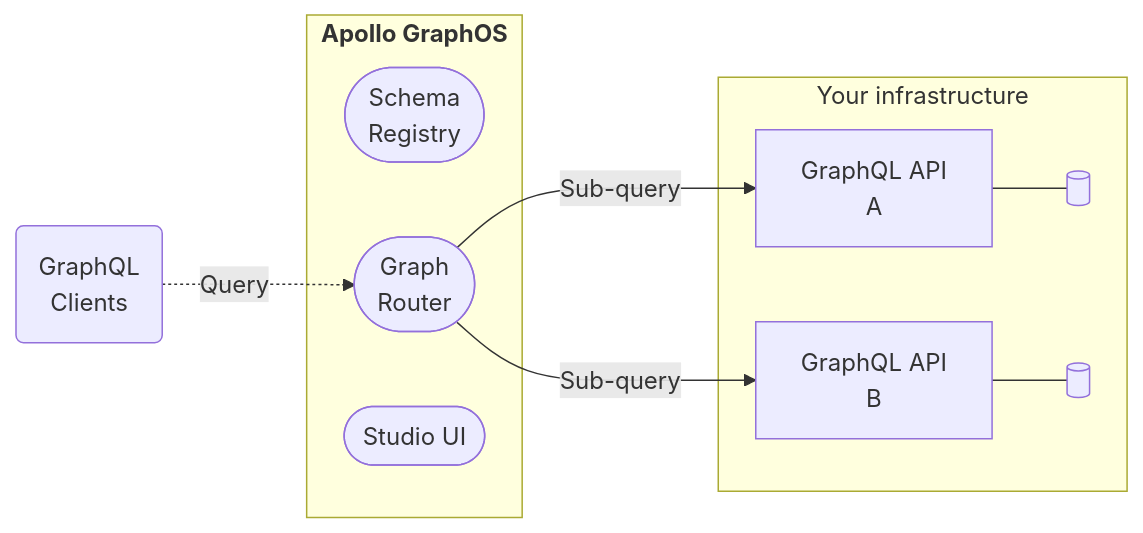
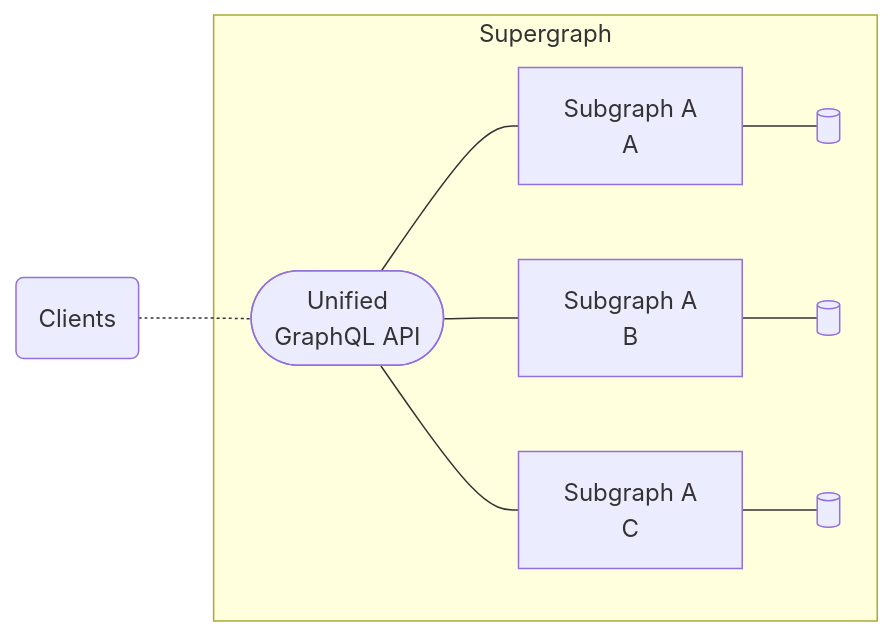
The first of 4 diagrams in src/content/graphos/basics/index.mdx (apollographql/docs), drawn with Mermaid before and after one commit. The commit also changed other lines of this file, not shown here.

````diff
--- a/src/content/graphos/basics/index.mdx
+++ b/src/content/graphos/basics/index.mdx
@@ -8,20 +9,19 @@
 ```mermaid
-flowchart LR;
-  clients("GraphQL<br/>Clients");
-  subgraph "<b>Apollo GraphOS</b>";
-  registry(["Schema<br/>Registry"]);
-  router(["Graph<br/>Router"]);
-  studio(["Studio UI"]);
-  end;
-  subgraph "Your infrastructure";
-  products["GraphQL API<br/>A"];
-  reviews["GraphQL API<br/>B"];
-  router -->|Sub-query| products & reviews
-  dbA[( )];
-  dbB[( )];
-  products --- dbA;
-  reviews --- dbB;
-  end;
-  clients -.->|Query| router;
+graph LR;
+  clients(Clients);
+  subgraph Supergraph
+    runtime([Unified<br/>GraphQL API]);
+    serviceA[Subgraph A <br/>A];
+    serviceB[Subgraph A <br/>B];
+    serviceC[Subgraph A <br/>C];
+    dbA[( )];
+    dbB[( )];
+    dbC[( )];
+    serviceA --- dbA;
+    serviceB --- dbB;
+    serviceC --- dbC;
+    runtime --- serviceA & serviceB & serviceC;
+  end
+  clients -.- runtime;
   class clients secondary;
 ```
````
